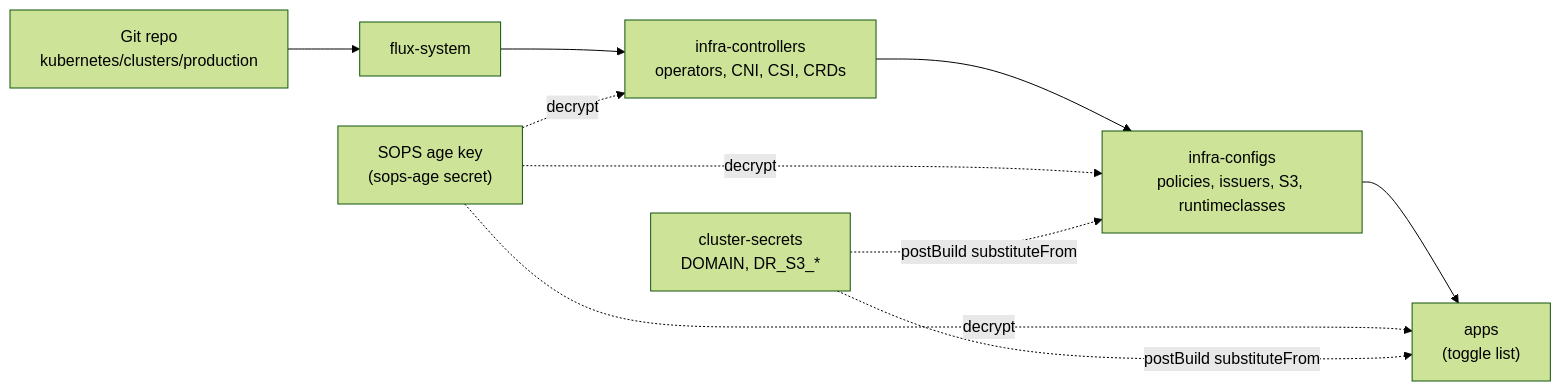
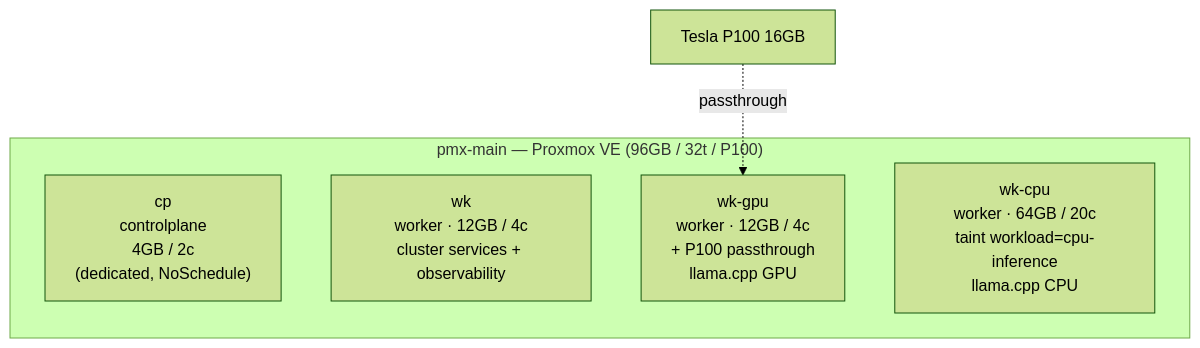
One commit to ngoldack/homelab changed the second of 6 diagrams in docs/architecture.md. Above: the diagram before and after it, drawn with Mermaid (forest theme). The commit also changed other lines of this file and 320 other files, not shown here.

First line of the commit message:
feat: v0 MVP foundation - reduce to llama.cpp on P100 + VictoriaMetrics stack (#45)

````diff
--- a/docs/architecture.md
+++ b/docs/architecture.md
@@ -50,15 +60,10 @@
 ```mermaid
-flowchart LR
-  GIT["Git repo<br/>kubernetes/clusters/production"] --> FS["flux-system"]
-  FS --> IC["infra-controllers<br/>operators, CNI, CSI, CRDs"]
-  IC --> ICFG["infra-configs<br/>policies, issuers, S3, runtimeclasses"]
-  ICFG --> APPS["apps<br/>(toggle list)"]
-
-  SOPS["SOPS age key<br/>(sops-age secret)"]
-  SOPS -. decrypt .-> IC
-  SOPS -. decrypt .-> ICFG
-  SOPS -. decrypt .-> APPS
-  CS["cluster-secrets<br/>DOMAIN, DR_S3_*"]
-  CS -. "postBuild substituteFrom" .-> ICFG
-  CS -. "postBuild substituteFrom" .-> APPS
+flowchart TD
+  subgraph PMX["pmx-main — Proxmox VE (96GB / 32t / P100)"]
+    CP["cp<br/>controlplane<br/>4GB / 2c<br/>(dedicated, NoSchedule)"]
+    WK["wk<br/>worker · 12GB / 4c<br/>cluster services + observability"]
+    WG["wk-gpu<br/>worker · 12GB / 4c<br/>+ P100 passthrough<br/>llama.cpp GPU"]
+    WC["wk-cpu<br/>worker · 64GB / 20c<br/>taint workload=cpu-inference<br/>llama.cpp CPU"]
+  end
+  P100["Tesla P100 16GB"] -.passthrough.-> WG
 ```
````
